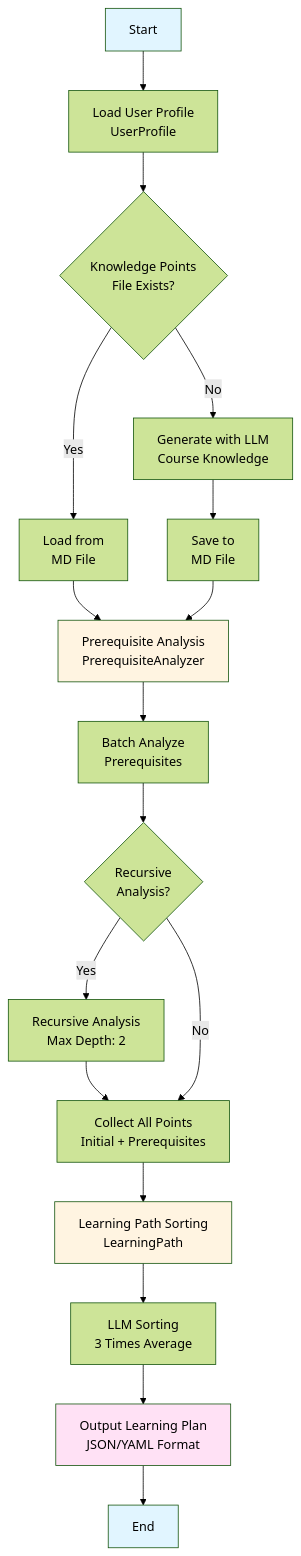
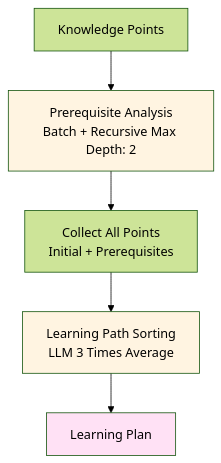
Before and after one commit to likefallwind/simpleDoc: the first of 2 diagrams in README.md, drawn with Mermaid (forest theme). The commit also changed other lines of this file, not shown here.

Commit message:
Refactor README flowcharts for Learning Plan and Lesson Generation to improve clarity and visual representation. Streamline processes and enhance styling for better understanding of the workflows.

````diff
--- a/README.md
+++ b/README.md
@@ -142,25 +142,11 @@
 ```mermaid
 flowchart TD
-    A[Start] --> B[Load User Profile<br/>UserProfile]
-    B --> C{Knowledge Points<br/>File Exists?}
-    C -->|Yes| D[Load from<br/>MD File]
-    C -->|No| E[Generate with LLM<br/>Course Knowledge]
-    E --> F[Save to<br/>MD File]
-    D --> G[Prerequisite Analysis<br/>PrerequisiteAnalyzer]
-    F --> G
-    G --> H[Batch Analyze<br/>Prerequisites]
-    H --> I{Recursive<br/>Analysis?}
-    I -->|Yes| J[Recursive Analysis<br/>Max Depth: 2]
-    J --> K[Collect All Points<br/>Initial + Prerequisites]
-    I -->|No| K
-    K --> L[Learning Path Sorting<br/>LearningPath]
-    L --> M[LLM Sorting<br/>3 Times Average]
-    M --> N[Output Learning Plan<br/>JSON/YAML Format]
-    N --> O[End]
+    A[Knowledge Points] --> B[Prerequisite Analysis<br/>Batch + Recursive Max Depth: 2]
+    B --> C[Collect All Points<br/>Initial + Prerequisites]
+    C --> D[Learning Path Sorting<br/>LLM 3 Times Average]
+    D --> E[Learning Plan]
     
-    style A fill:#e1f5ff
-    style O fill:#e1f5ff
-    style G fill:#fff4e1
-    style L fill:#fff4e1
-    style N fill:#ffe1f5
+    style B fill:#fff4e1
+    style D fill:#fff4e1
+    style E fill:#ffe1f5
 ```
````
